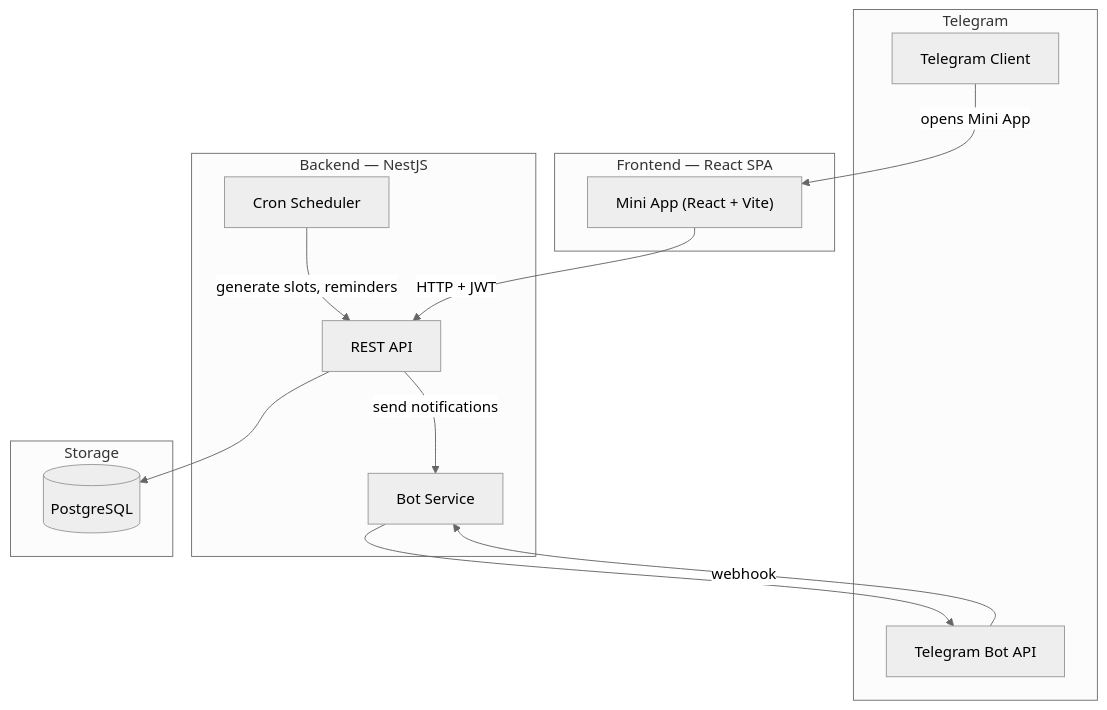
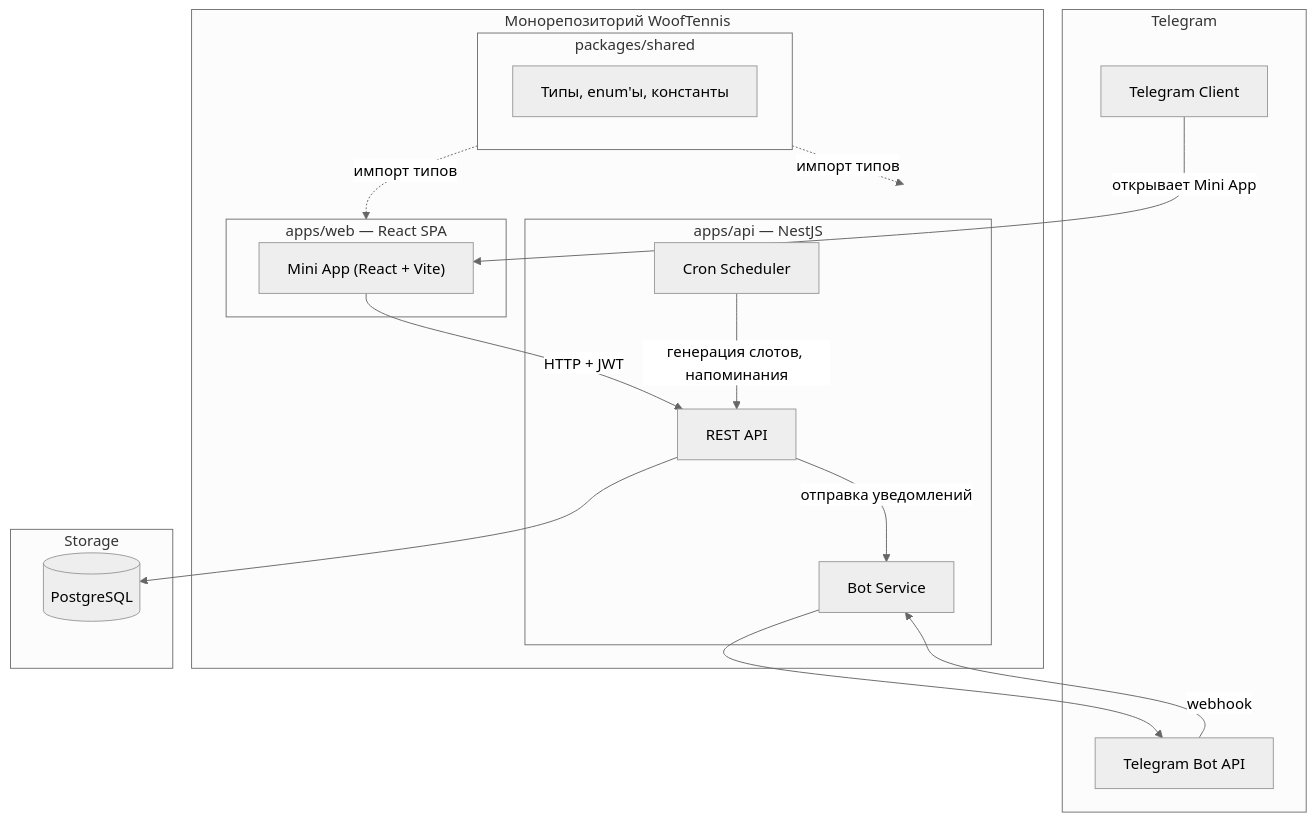
The first of 2 diagrams in docs/01-overview.md (maxism/woof-tennis), drawn with Mermaid (neutral theme) before and after one commit. The commit also changed other lines of this file and 4 other files, not shown here.

````diff
--- a/docs/01-overview.md
+++ b/docs/01-overview.md
@@ -62,29 +65,37 @@
 ```mermaid
 graph TB
     subgraph telegram [Telegram]
         TGClient[Telegram Client]
         TGBot[Telegram Bot API]
     end
 
-    subgraph frontend [Frontend — React SPA]
-        MiniApp["Mini App (React + Vite)"]
-    end
+    subgraph monorepo ["Монорепозиторий WoofTennis"]
+        subgraph web ["apps/web — React SPA"]
+            MiniApp["Mini App (React + Vite)"]
+        end
 
-    subgraph backend [Backend — NestJS]
-        API[REST API]
-        BotService[Bot Service]
-        Scheduler[Cron Scheduler]
+        subgraph api ["apps/api — NestJS"]
+            API[REST API]
+            BotService[Bot Service]
+            Scheduler[Cron Scheduler]
+        end
+
+        subgraph shared ["packages/shared"]
+            Types["Типы, enum'ы, константы"]
+        end
     end
 
     subgraph storage [Storage]
         DB[(PostgreSQL)]
     end
 
-    TGClient -->|"opens Mini App"| MiniApp
+    TGClient -->|"открывает Mini App"| MiniApp
     MiniApp -->|"HTTP + JWT"| API
     API --> DB
     BotService --> TGBot
     TGBot -->|"webhook"| BotService
-    Scheduler -->|"generate slots, reminders"| API
-    API -->|"send notifications"| BotService
+    Scheduler -->|"генерация слотов, напоминания"| API
+    API -->|"отправка уведомлений"| BotService
+    shared -.->|"импорт типов"| web
+    shared -.->|"импорт типов"| api
 ```
````
